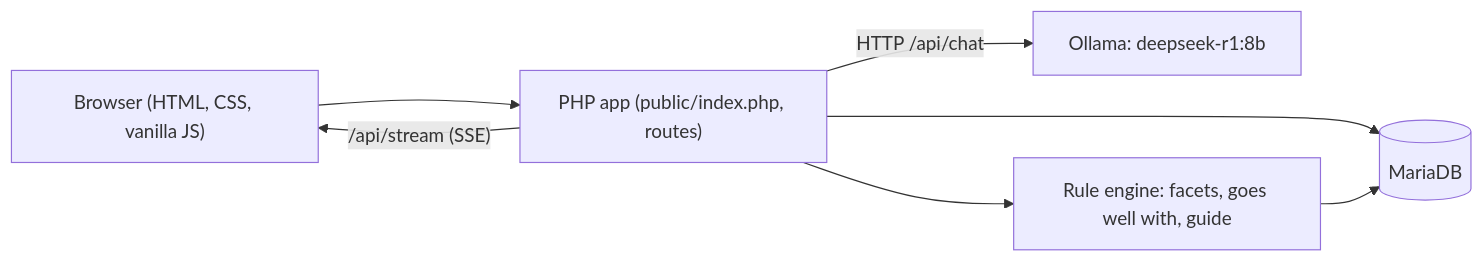
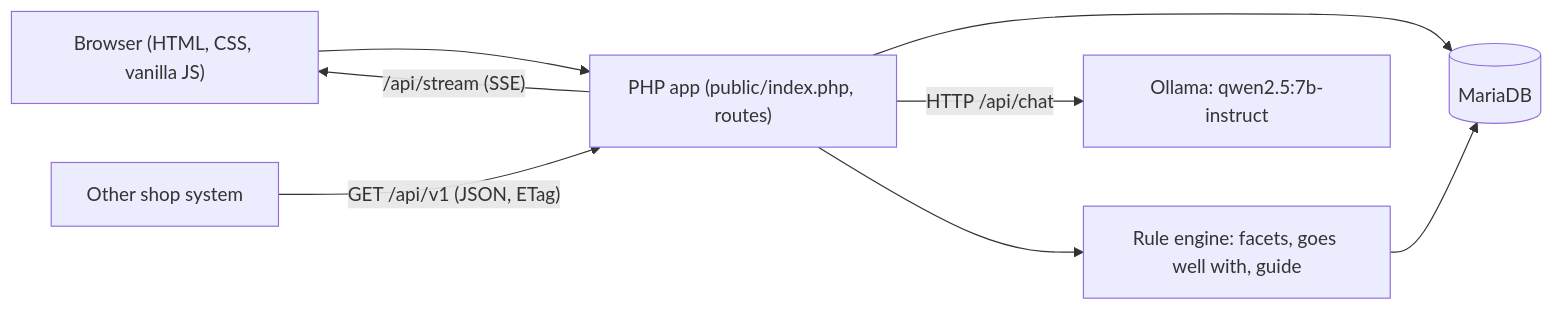
The diagram in docs/architecture/architecture.md (dovidee/sorpedia), drawn with Mermaid before and after one commit. The commit also changed other lines of this file and 240 other files, not shown here.

````diff
--- a/docs/architecture/architecture.md
+++ b/docs/architecture/architecture.md
@@ -18,9 +19,10 @@
 ```mermaid
 flowchart LR
   B["Browser (HTML, CSS, vanilla JS)"] --> W["PHP app (public/index.php, routes)"]
   W --> DB[("MariaDB")]
   W -->|"/api/stream (SSE)"| B
-  W -->|"HTTP /api/chat"| O["Ollama: deepseek-r1:8b"]
+  W -->|"HTTP /api/chat"| O["Ollama: qwen2.5:7b-instruct"]
   W --> R["Rule engine: facets, goes well with, guide"]
   R --> DB
+  S["Other shop system"] -->|"GET /api/v1 (JSON, ETag)"| W
 ```
````
